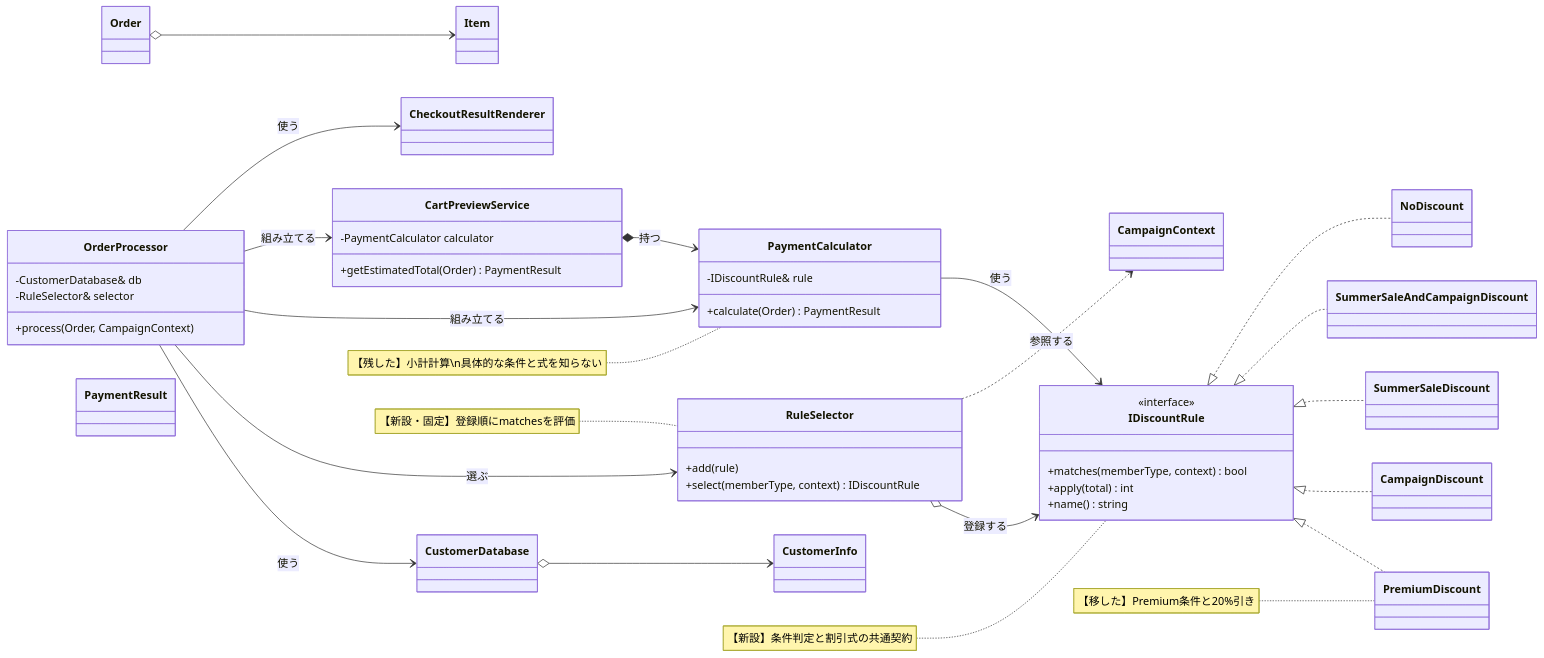
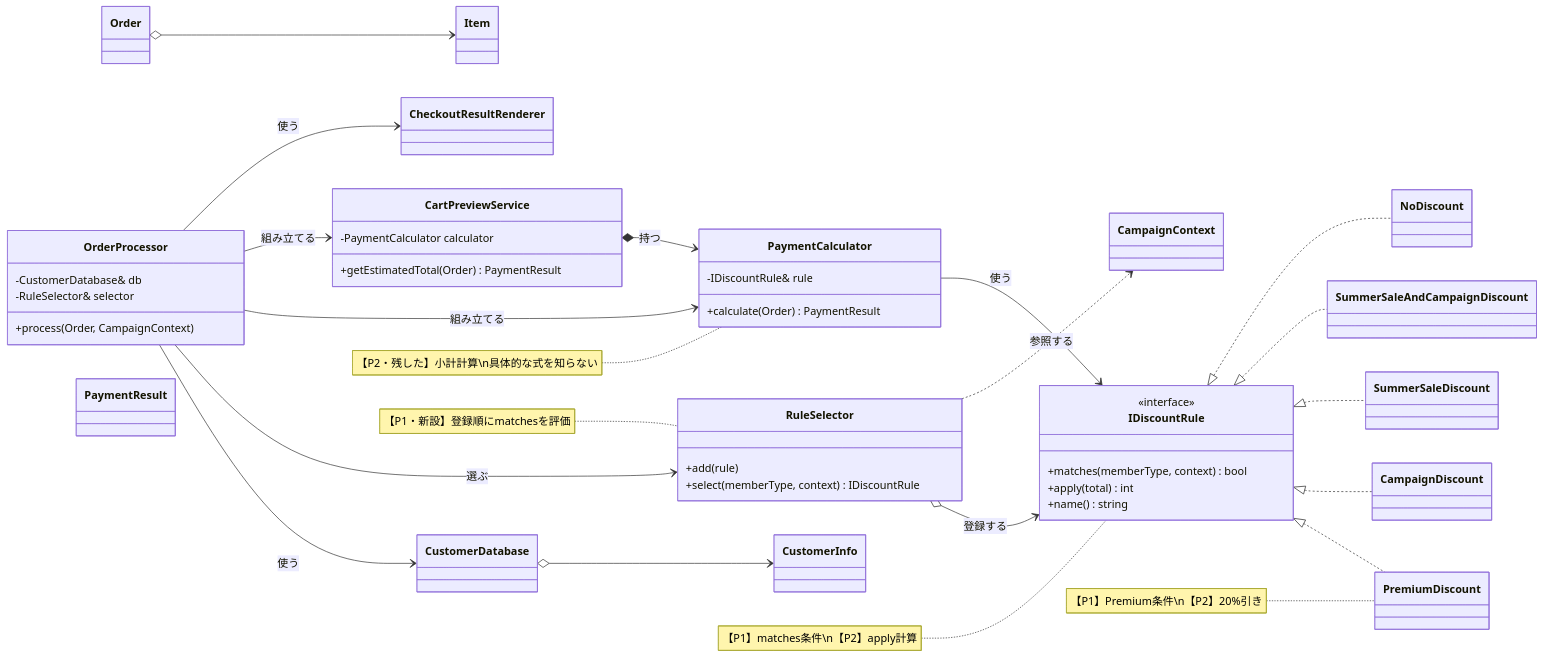
Before and after one commit to kumachan1101-pixel/DesignPattern: the sixth of 11 diagrams in kindle/design-patterns/output/chapter01.md, drawn with Mermaid. The commit also changed other lines of this file and 2 other files, not shown here.

````diff
--- a/kindle/design-patterns/output/chapter01.md
+++ b/kindle/design-patterns/output/chapter01.md
@@ -1175,64 +1175,64 @@
 ```mermaid
 classDiagram
     direction LR
     class Item
     class Order
     class CampaignContext
     class CustomerInfo
     class CustomerDatabase
     class CheckoutResultRenderer
     class OrderProcessor {
         -CustomerDatabase& db
         -RuleSelector& selector
         +process(Order, CampaignContext)
     }
     class PaymentResult
     class PaymentCalculator {
         -IDiscountRule& rule
         +calculate(Order) PaymentResult
     }
     class CartPreviewService {
         -PaymentCalculator calculator
         +getEstimatedTotal(Order) PaymentResult
     }
     class IDiscountRule {
         <<interface>>
         +matches(memberType, context) bool
         +apply(total) int
         +name() string
     }
     class RuleSelector {
         +add(rule)
         +select(memberType, context) IDiscountRule
     }
     class PremiumDiscount
     class CampaignDiscount
     class SummerSaleDiscount
     class SummerSaleAndCampaignDiscount
     class NoDiscount
 
     Order o--> Item
     CustomerDatabase o--> CustomerInfo
     OrderProcessor --> CustomerDatabase : 使う
     OrderProcessor --> RuleSelector : 選ぶ
     OrderProcessor --> PaymentCalculator : 組み立てる
     OrderProcessor --> CartPreviewService : 組み立てる
     OrderProcessor --> CheckoutResultRenderer : 使う
     CartPreviewService *--> PaymentCalculator : 持つ
     PaymentCalculator --> IDiscountRule : 使う
     RuleSelector o--> IDiscountRule : 登録する
     RuleSelector ..> CampaignContext : 参照する
     IDiscountRule <|.. PremiumDiscount
     IDiscountRule <|.. CampaignDiscount
     IDiscountRule <|.. SummerSaleDiscount
     IDiscountRule <|.. SummerSaleAndCampaignDiscount
     IDiscountRule <|.. NoDiscount
 
-    note for PaymentCalculator "【残した】小計計算\n具体的な条件と式を知らない"
-    note for IDiscountRule "【新設】条件判定と割引式の共通契約"
-    note for RuleSelector "【新設・固定】登録順にmatchesを評価"
-    note for PremiumDiscount "【移した】Premium条件と20%引き"
+    note for PaymentCalculator "【P2・残した】小計計算\n具体的な式を知らない"
+    note for IDiscountRule "【P1】matches条件\n【P2】apply計算"
+    note for RuleSelector "【P1・新設】登録順にmatchesを評価"
+    note for PremiumDiscount "【P1】Premium条件\n【P2】20%引き"
 
     classDef focus fill:#FFF2CC,stroke:#D6B656,stroke-width:2px,color:#222222
     cssClass "PaymentCalculator,IDiscountRule,RuleSelector,PremiumDiscount,CampaignDiscount,SummerSaleDiscount,SummerSaleAndCampaignDiscount,NoDiscount" focus
 ```
````
